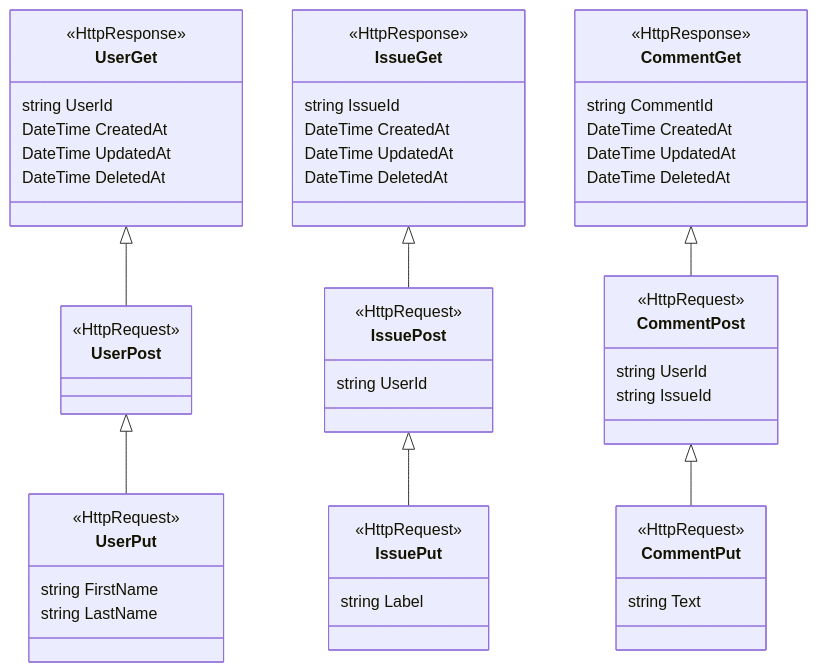
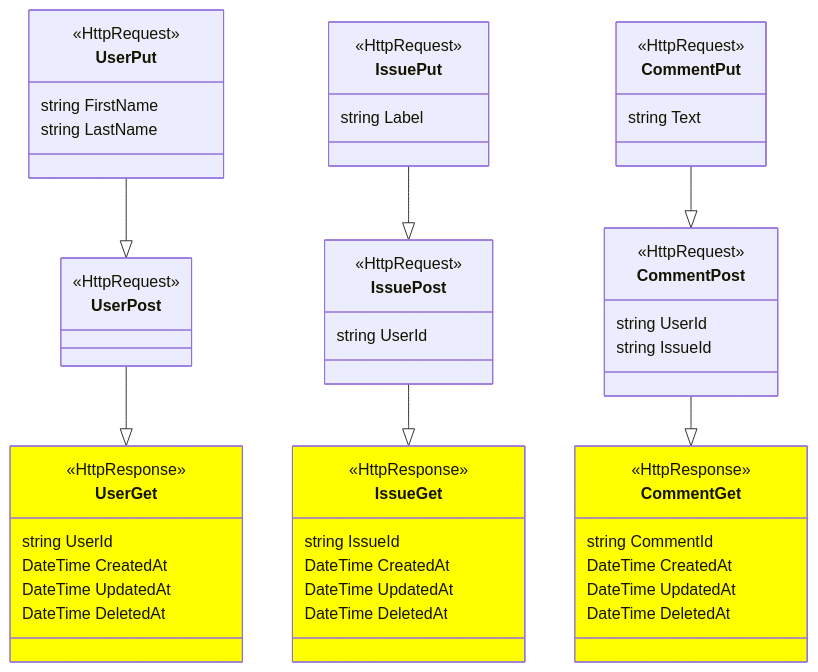
The diagram in Models/Message/Get.mmd (ghackenberg/csharp-maui-aspnet-sample), drawn with Mermaid before and after one commit. The commit also changed 60 other files, not shown here.

```diff
--- a/Models/Message/Get.mmd
+++ b/Models/Message/Get.mmd
@@ -1,59 +1,65 @@
 classDiagram
+
+    direction BT
 
     class UserGet {
         <<HttpResponse>>
         string UserId
         DateTime CreatedAt
         DateTime UpdatedAt
         DateTime DeletedAt
     }
     class UserPost {
         <<HttpRequest>>
     }
     class UserPut {
         <<HttpRequest>>
         string FirstName
         string LastName
     }
 
     UserGet <|-- UserPost
     UserPost <|-- UserPut
 
     class IssueGet {
         <<HttpResponse>>
         string IssueId
         DateTime CreatedAt
         DateTime UpdatedAt
         DateTime DeletedAt
     }
     class IssuePost {
         <<HttpRequest>>
         string UserId
     }
     class IssuePut {
         <<HttpRequest>>
         string Label
     }
 
     IssueGet <|-- IssuePost
     IssuePost <|-- IssuePut
 
     class CommentGet {
         <<HttpResponse>>
         string CommentId
         DateTime CreatedAt
         DateTime UpdatedAt
         DateTime DeletedAt
     }
     class CommentPost {
         <<HttpRequest>>
         string UserId
         string IssueId
     }
     class CommentPut {
         <<HttpRequest>>
         string Text
     }
 
     CommentGet <|-- CommentPost
     CommentPost <|-- CommentPut
+
+    style UserGet fill:yellow
+    style IssueGet fill:yellow
+    style CommentGet fill:yellow
```
